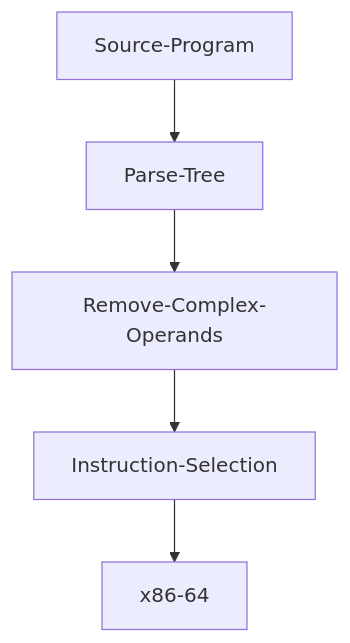
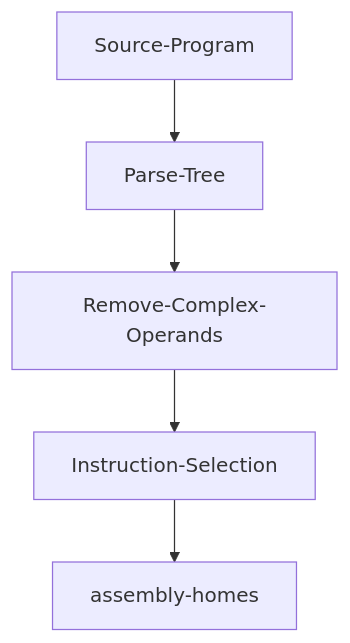
The diagram in README.md (Jobhdez/core), drawn with Mermaid before and after one commit. The commit also changed other lines of this file, not shown here.

````diff
--- a/README.md
+++ b/README.md
@@ -29,7 +33,7 @@
 ```mermaid
 graph TD;
     Source-Program-->Parse-Tree;
     Parse-Tree-->Remove-Complex-Operands;
     Remove-Complex-Operands-->Instruction-Selection;
-    Instruction-Selection-->x86-64;
+    Instruction-Selection-->assembly-homes;
 ```
````
